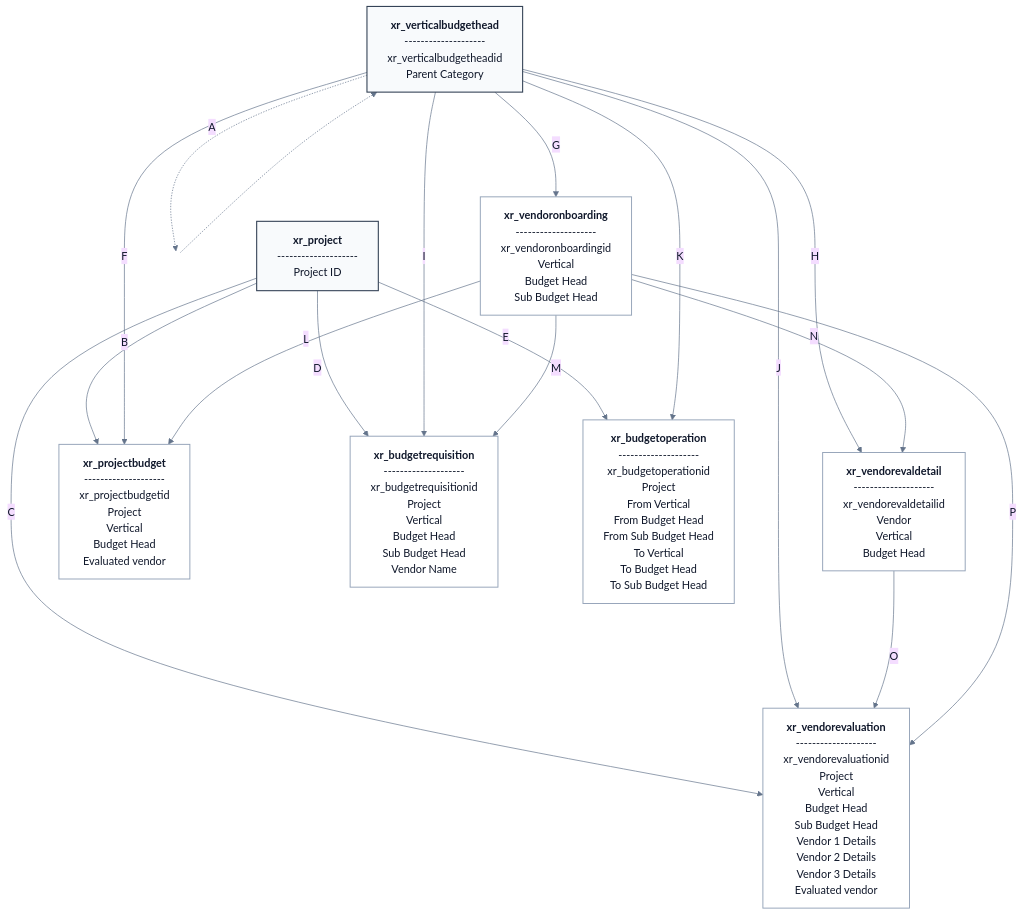
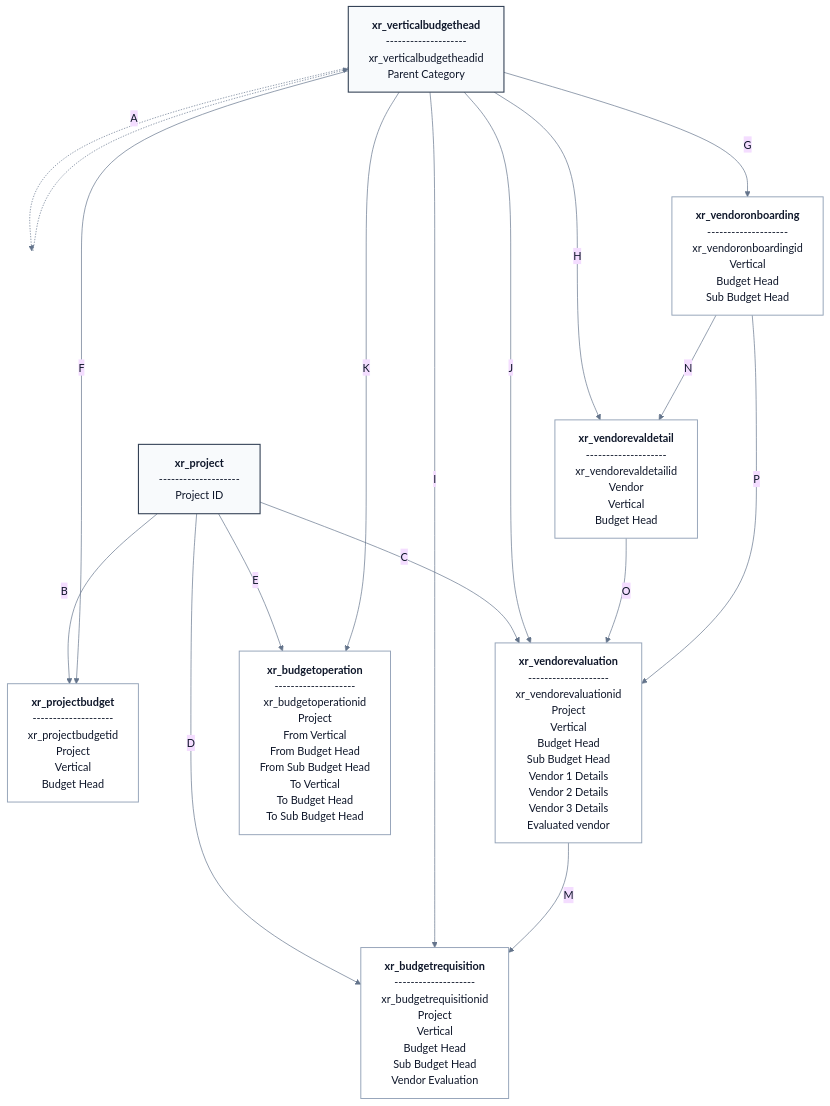
The diagram in table_designing/documents/01_Table_Data_Flow.md (JaideepSingh2/chanakya_revamp), drawn with Mermaid before and after one commit. The commit also changed other lines of this file and 14 other files, not shown here.

````diff
--- a/table_designing/documents/01_Table_Data_Flow.md
+++ b/table_designing/documents/01_Table_Data_Flow.md
@@ -1,58 +1,56 @@
 ```mermaid
 %%{init: {"theme":"base","themeVariables":{"primaryTextColor":"#0f172a","lineColor":"#64748b","fontFamily":"Segoe UI","background":"#ffffff"},"flowchart":{"curve":"basis","nodeSpacing":110,"rankSpacing":130,"htmlLabels":true}}}%%
 flowchart TD
 
     classDef master fill:#f8fafc,stroke:#334155,stroke-width:1.6px,color:#0f172a;
     classDef entity fill:#ffffff,stroke:#94a3b8,stroke-width:1.4px,color:#0f172a;
     classDef ghost fill:transparent,stroke:transparent,color:transparent;
 
     %% Master Entities
     PRJ["<b>xr_project</b><br/>--------------------<br/>Project ID"]:::master
     CAT["<b>xr_verticalbudgethead</b><br/>--------------------<br/>xr_verticalbudgetheadid<br/>Parent Category"]:::master
 
     %% Invisible circular anchor to pull the loop into a round curve
     CAT_LOOP(( )):::ghost
 
     %% Vendor Entities
     VON["<b>xr_vendoronboarding</b><br/>--------------------<br/>xr_vendoronboardingid<br/>Vertical<br/>Budget Head<br/>Sub Budget Head"]:::entity
     VED["<b>xr_vendorevaldetail</b><br/>--------------------<br/>xr_vendorevaldetailid<br/>Vendor<br/>Vertical<br/>Budget Head"]:::entity
 
     %% Transactional / Operation Entities
-    PB["<b>xr_projectbudget</b><br/>--------------------<br/>xr_projectbudgetid<br/>Project<br/>Vertical<br/>Budget Head<br/>Evaluated vendor"]:::entity
-    BRQ["<b>xr_budgetrequisition</b><br/>--------------------<br/>xr_budgetrequisitionid<br/>Project<br/>Vertical<br/>Budget Head<br/>Sub Budget Head<br/>Vendor Name"]:::entity
+    PB["<b>xr_projectbudget</b><br/>--------------------<br/>xr_projectbudgetid<br/>Project<br/>Vertical<br/>Budget Head"]:::entity
+    BRQ["<b>xr_budgetrequisition</b><br/>--------------------<br/>xr_budgetrequisitionid<br/>Project<br/>Vertical<br/>Budget Head<br/>Sub Budget Head<br/>Vendor Evaluation"]:::entity
     VEH["<b>xr_vendorevaluation</b><br/>--------------------<br/>xr_vendorevaluationid<br/>Project<br/>Vertical<br/>Budget Head<br/>Sub Budget Head<br/>Vendor 1 Details<br/>Vendor 2 Details<br/>Vendor 3 Details<br/>Evaluated vendor"]:::entity
     BOP["<b>xr_budgetoperation</b><br/>--------------------<br/>xr_budgetoperationid<br/>Project<br/>From Vertical<br/>From Budget Head<br/>From Sub Budget Head<br/>To Vertical<br/>To Budget Head<br/>To Sub Budget Head"]:::entity
 
     %% Relationships (Grouped by target for cleaner engine routing)
 
     %% Category Self Loop (Curved via invisible anchor)
     CAT -.->|A| CAT_LOOP
     CAT_LOOP -.-> CAT
 
     %% To Vendor Onboarding
     CAT -->|G| VON
 
     %% To Vendor Eval Detail
     CAT -->|H| VED
     VON -->|N| VED
 
     %% To Project Budget
     PRJ -->|B| PB
     CAT -->|F| PB
-    VON -->|L| PB
-
     %% To Budget Requisition
     PRJ -->|D| BRQ
     CAT -->|I| BRQ
-    VON -->|M| BRQ
+    VEH -->|M| BRQ
 
     %% To Vendor Evaluation
     PRJ -->|C| VEH
     CAT -->|J| VEH
     VED -->|O| VEH
     VON -->|P| VEH
 
     %% To Budget Operation
     PRJ -->|E| BOP
     CAT -->|K| BOP
 ```
````
